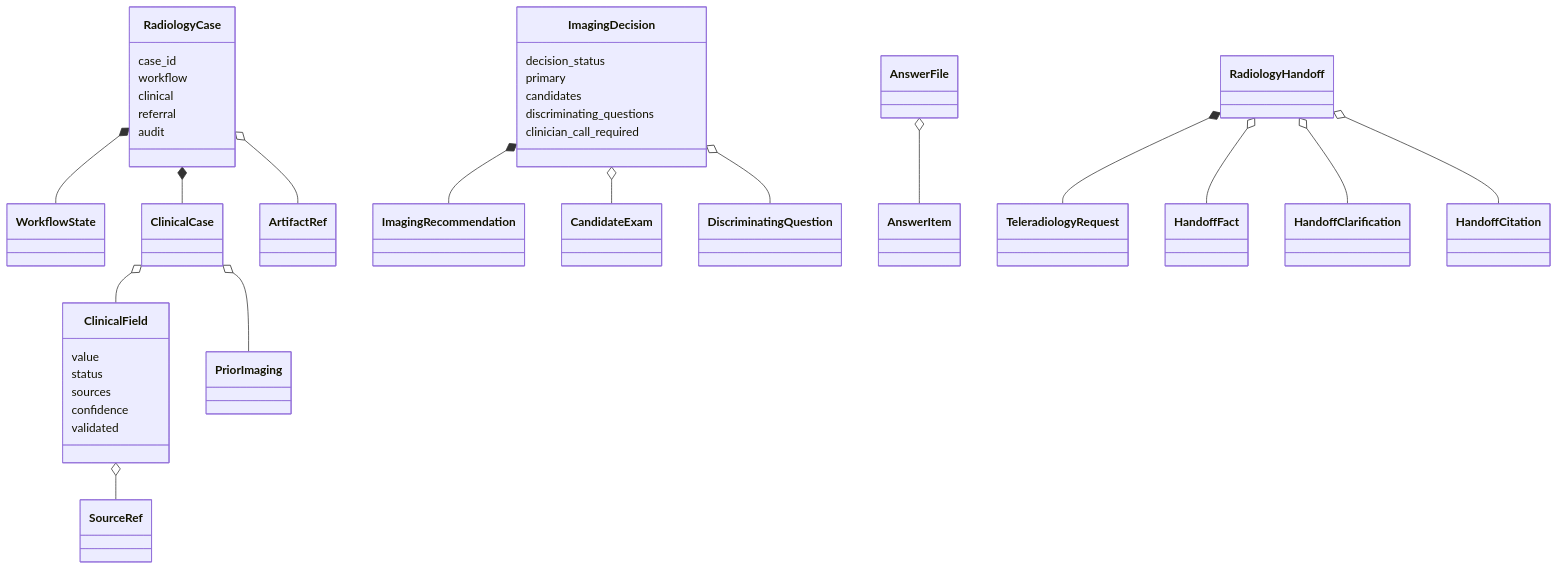
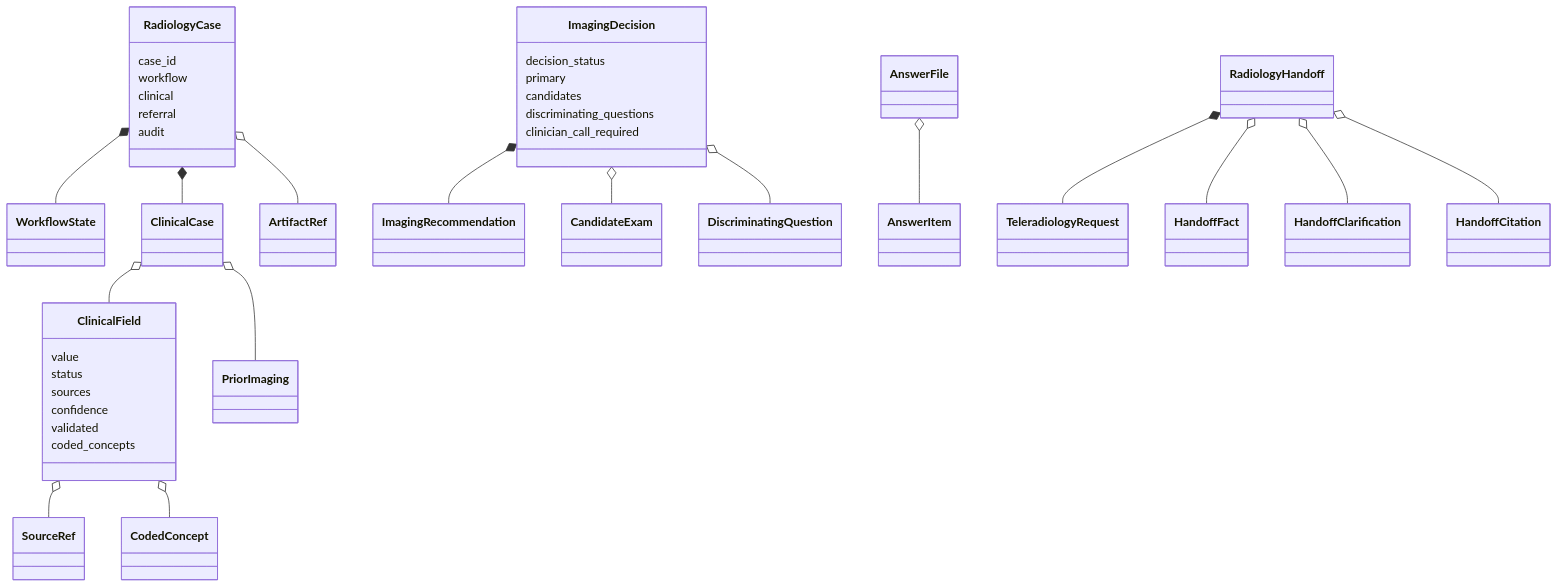
The first of 2 diagrams in docs/data-model.md (Thibescobar/bulkinout), drawn with Mermaid before and after one commit. The commit also changed other lines of this file and 39 other files, not shown here.

````diff
--- a/docs/data-model.md
+++ b/docs/data-model.md
@@ -7,39 +7,41 @@
 ```mermaid
 classDiagram
     RadiologyCase *-- WorkflowState
     RadiologyCase *-- ClinicalCase
     RadiologyCase o-- ArtifactRef
     ClinicalCase o-- ClinicalField
     ClinicalCase o-- PriorImaging
     ClinicalField o-- SourceRef
+    ClinicalField o-- CodedConcept
     ImagingDecision *-- ImagingRecommendation
     ImagingDecision o-- CandidateExam
     ImagingDecision o-- DiscriminatingQuestion
     AnswerFile o-- AnswerItem
     RadiologyHandoff *-- TeleradiologyRequest
     RadiologyHandoff o-- HandoffFact
     RadiologyHandoff o-- HandoffClarification
     RadiologyHandoff o-- HandoffCitation
 
     class RadiologyCase {
         case_id
         workflow
         clinical
         referral
         audit
     }
     class ClinicalField {
         value
         status
         sources
         confidence
         validated
+        coded_concepts
     }
     class ImagingDecision {
         decision_status
         primary
         candidates
         discriminating_questions
         clinician_call_required
     }
 ```
````
